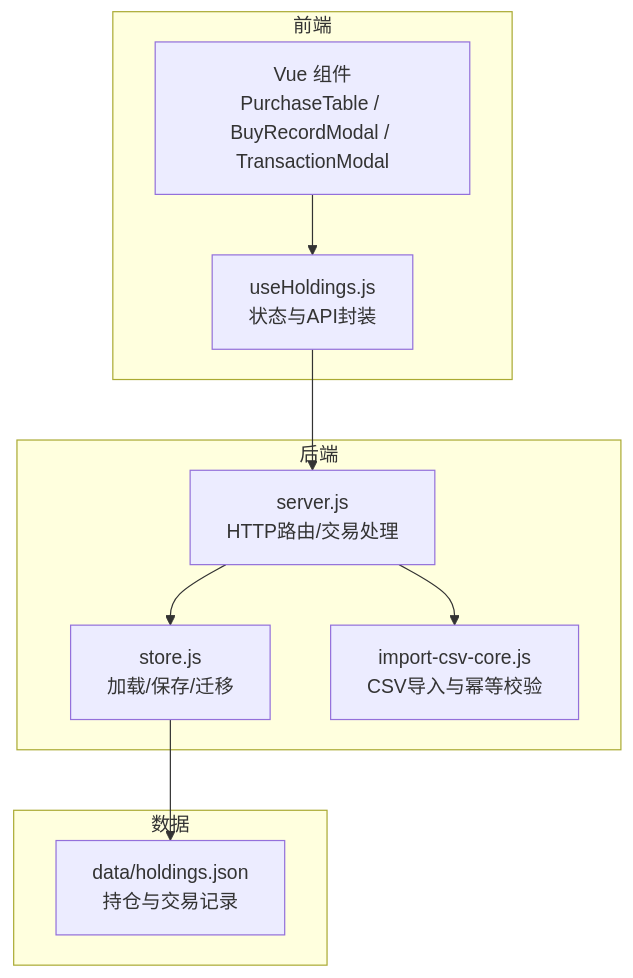
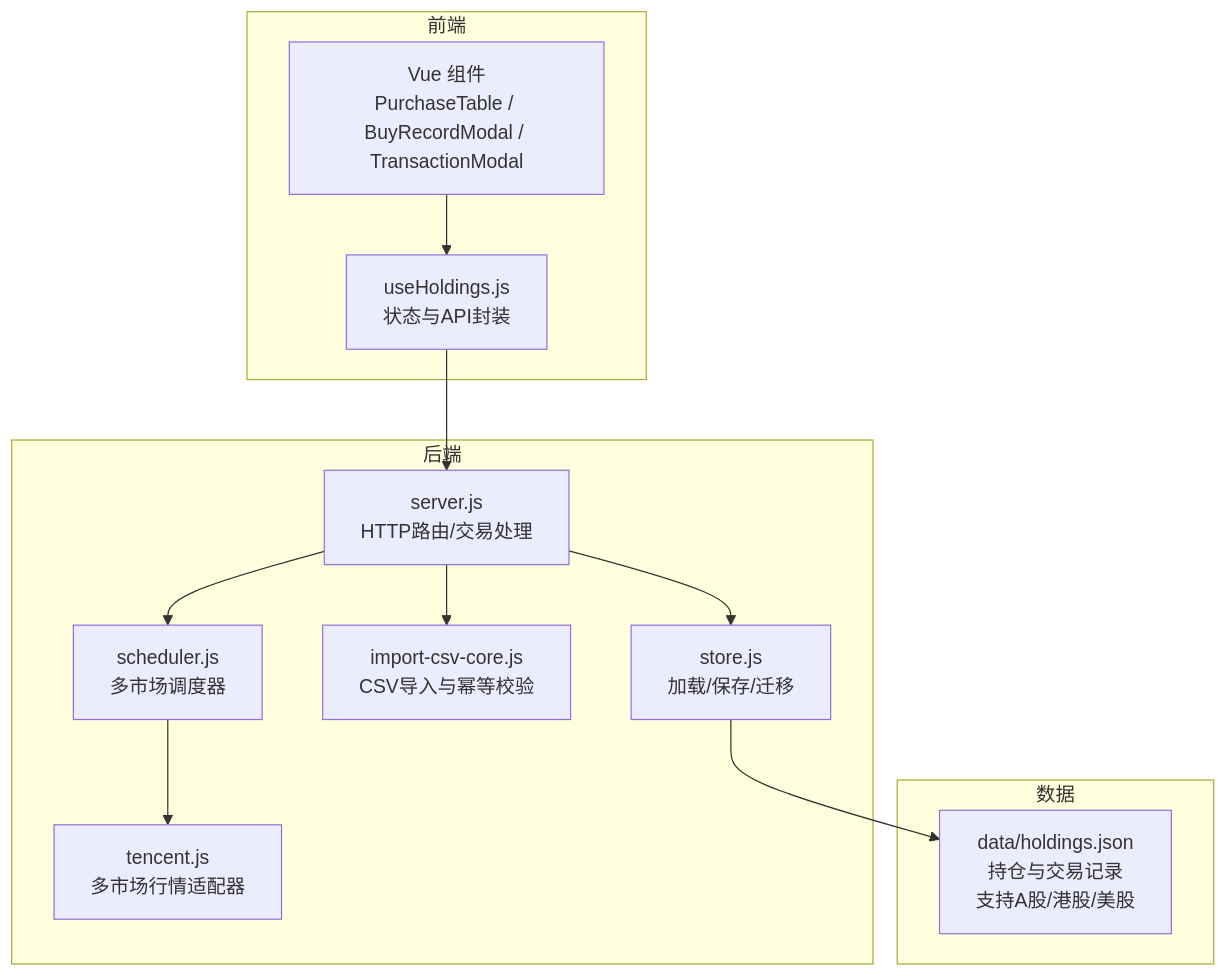
One commit to salenju/stock-advisor changed the first of 11 diagrams in .qoder/repowiki/zh/content/数据存储/数据模型设计.md. Above: the diagram before and after it, drawn with Mermaid. The commit also changed other lines of this file and 5 other files, not shown here.

````diff
--- a/.qoder/repowiki/zh/content/数据存储/数据模型设计.md
+++ b/.qoder/repowiki/zh/content/数据存储/数据模型设计.md
@@ -43,20 +55,24 @@
 ```mermaid
 graph TB
 subgraph "前端"
 UI["Vue 组件<br/>PurchaseTable / BuyRecordModal / TransactionModal"]
 Composable["useHoldings.js<br/>状态与API封装"]
 end
 subgraph "后端"
 Server["server.js<br/>HTTP路由/交易处理"]
 Store["store.js<br/>加载/保存/迁移"]
 CSV["import-csv-core.js<br/>CSV导入与幂等校验"]
+Scheduler["scheduler.js<br/>多市场调度器"]
+Provider["tencent.js<br/>多市场行情适配器"]
 end
 subgraph "数据"
-File["data/holdings.json<br/>持仓与交易记录"]
+File["data/holdings.json<br/>持仓与交易记录<br/>支持A股/港股/美股"]
 end
 UI --> Composable
 Composable --> Server
 Server --> Store
 Store --> File
 Server --> CSV
+Server --> Scheduler
+Scheduler --> Provider
 ```
````
